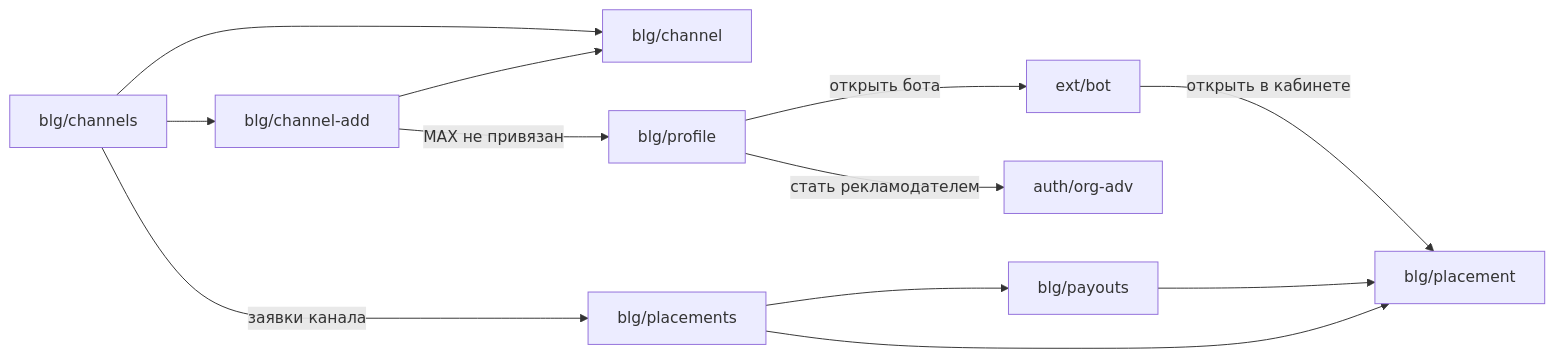
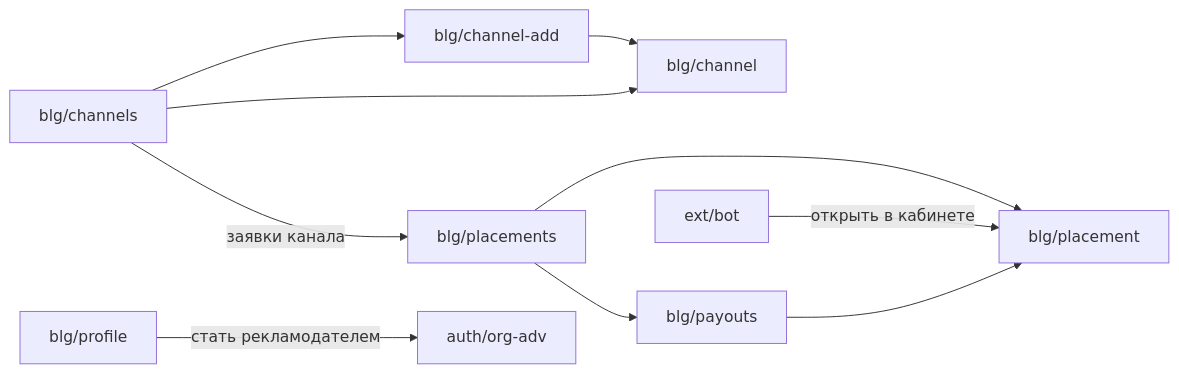
Before and after one commit to leha-creator/maxim: the third of 4 diagrams in docs/08-screens.md, drawn with Mermaid. The commit also changed other lines of this file and 12 other files, not shown here.

````diff
--- a/docs/08-screens.md
+++ b/docs/08-screens.md
@@ -110,14 +109,12 @@
 ```mermaid
 flowchart LR
     channels[blg/channels] --> channel_add[blg/channel-add]
     channel_add --> channel[blg/channel]
     channels --> channel
     channels -->|заявки канала| placements
     placements[blg/placements] --> placement[blg/placement]
     placements --> payouts[blg/payouts]
     payouts --> placement
-    channel_add -->|MAX не привязан| profile[blg/profile]
-    profile -->|стать рекламодателем| org_adv[auth/org-adv]
-    profile -->|открыть бота| bot[ext/bot]
-    bot -->|открыть в кабинете| placement
+    profile[blg/profile] -->|стать рекламодателем| org_adv[auth/org-adv]
+    bot[ext/bot] -->|открыть в кабинете| placement
 ```
````
